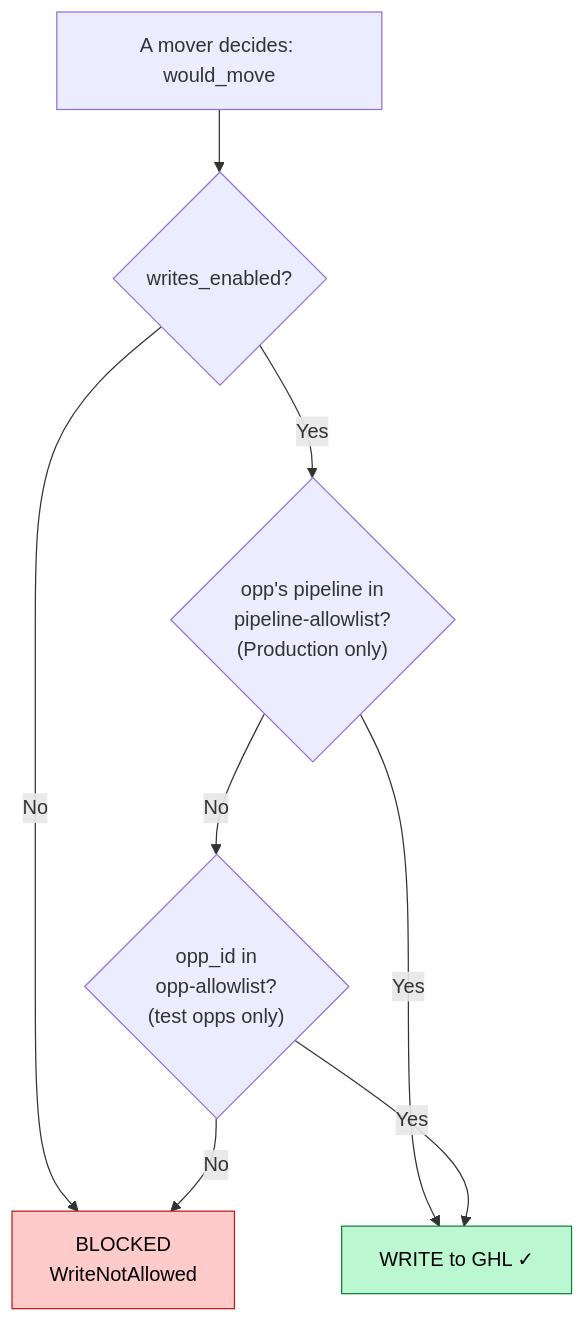
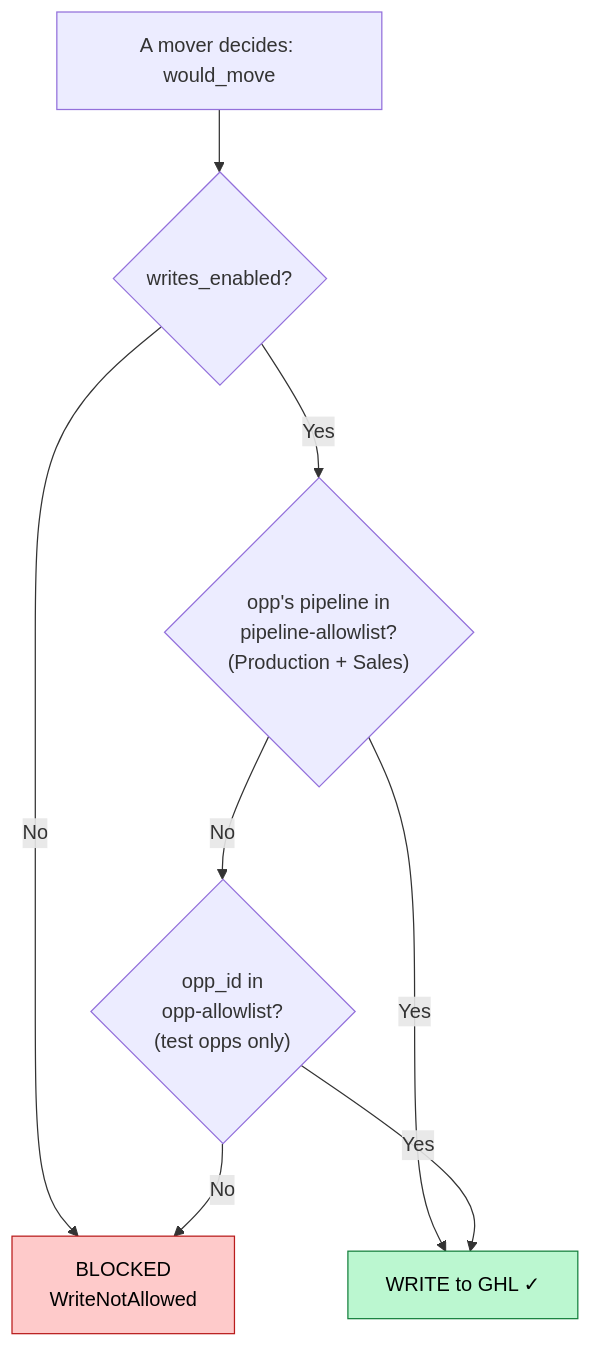
One commit to AiEngineer101/ghl-2 changed the second of 4 diagrams in docs/sales-pipeline-diagram.md. Above: the diagram before and after it, drawn with Mermaid. The commit also changed other lines of this file and 18 other files, not shown here.

````diff
--- a/docs/sales-pipeline-diagram.md
+++ b/docs/sales-pipeline-diagram.md
@@ -36,15 +36,15 @@
 ```mermaid
 flowchart TD
     D["A mover decides: would_move"] --> Q1{"writes_enabled?"}
     Q1 -->|No| BLOCK["BLOCKED<br/>WriteNotAllowed"]
-    Q1 -->|Yes| Q2{"opp's pipeline in<br/>pipeline-allowlist?<br/>(Production only)"}
+    Q1 -->|Yes| Q2{"opp's pipeline in<br/>pipeline-allowlist?<br/>(Production + Sales)"}
     Q2 -->|Yes| WRITE["WRITE to GHL ✓"]
     Q2 -->|No| Q3{"opp_id in<br/>opp-allowlist?<br/>(test opps only)"}
     Q3 -->|Yes| WRITE
     Q3 -->|No| BLOCK
 
     classDef ok fill:#bbf7d0,stroke:#15803d,color:#000;
     classDef no fill:#fecaca,stroke:#b91c1c,color:#000;
     class WRITE ok;
     class BLOCK no;
 ```
````
